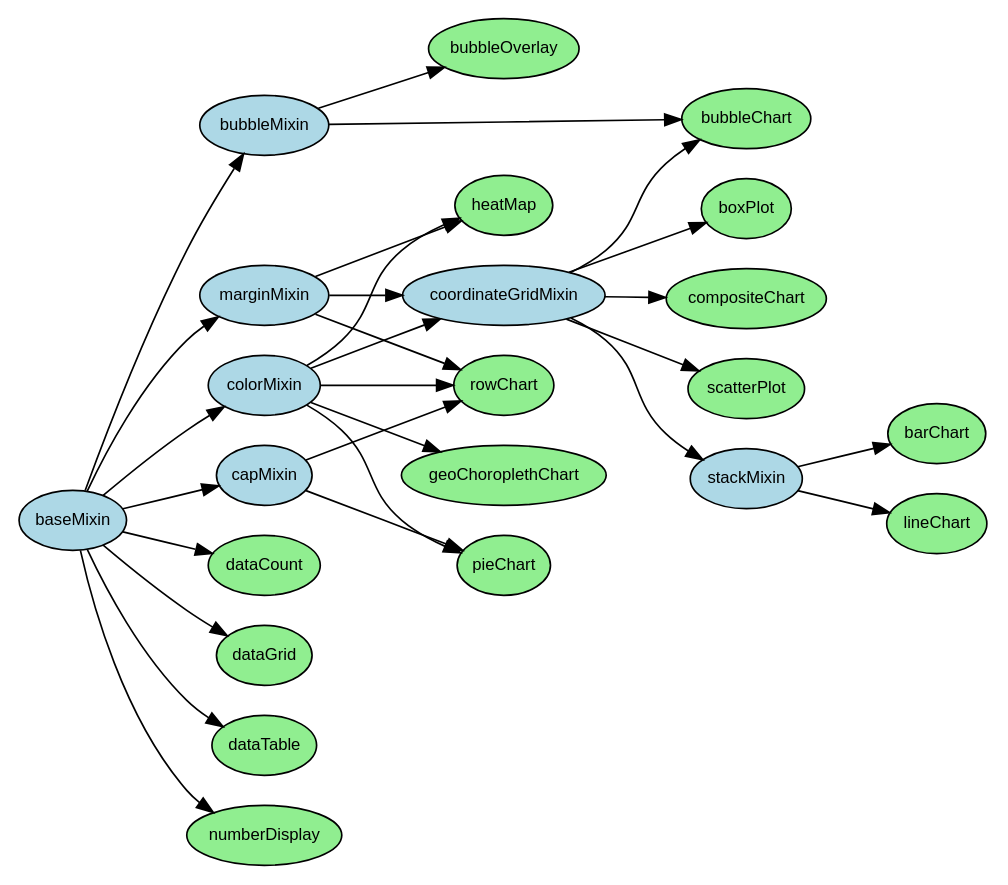
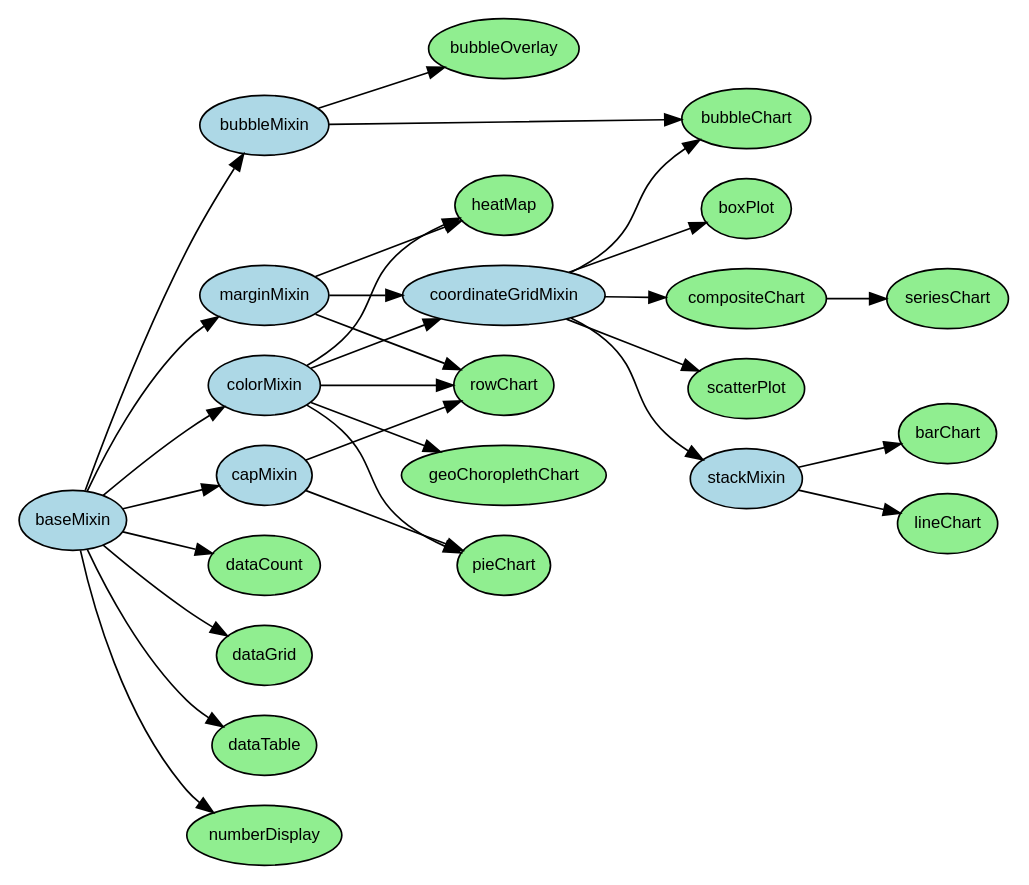
One commit to dc-js/dc.js changed the diagram in class-hierarchy.dot. Above: the diagram before and after it, drawn with Graphviz.

Commit message:
add seriesChart to hierarchy

```diff
--- a/class-hierarchy.dot
+++ b/class-hierarchy.dot
@@ -1,34 +1,35 @@
 digraph dcHierarchy {
 graph [rankdir=LR, ranksep=0.5]
 node [fontname="sans-serif", fontsize=10, margin="0.05,0.05", href="dc.\N.html"]
 node [style=filled, fillcolor=lightgreen]
 { node [style=filled, fillcolor=lightblue] baseMixin colorMixin marginMixin bubbleMixin coordinateGridMixin stackMixin capMixin }
 baseMixin [href="dc.baseMixin.html"]
 colorMixin -> coordinateGridMixin
 marginMixin -> coordinateGridMixin
 coordinateGridMixin -> stackMixin
 stackMixin -> barChart
 coordinateGridMixin -> boxPlot
 coordinateGridMixin -> bubbleChart
 bubbleMixin -> bubbleChart
 baseMixin -> bubbleMixin
 bubbleMixin -> bubbleOverlay
 coordinateGridMixin -> compositeChart
+compositeChart -> seriesChart
 baseMixin -> dataCount
 baseMixin -> dataGrid
 baseMixin -> dataTable
 baseMixin -> colorMixin
 colorMixin -> geoChoroplethChart
 baseMixin -> marginMixin
 marginMixin -> heatMap
 colorMixin -> heatMap
 stackMixin -> lineChart
 baseMixin -> numberDisplay
 colorMixin -> pieChart
 baseMixin -> capMixin
 capMixin -> pieChart
 capMixin -> rowChart
 marginMixin -> rowChart
 colorMixin -> rowChart
 coordinateGridMixin -> scatterPlot
 }
```
